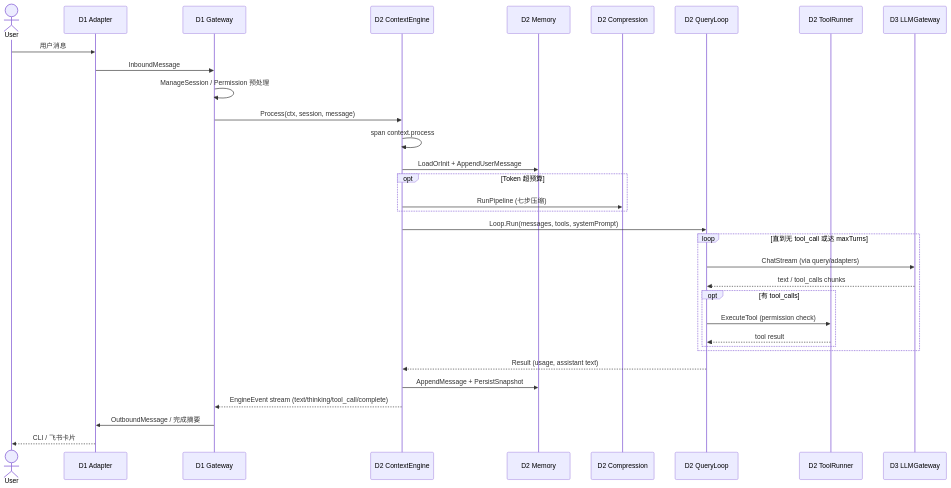
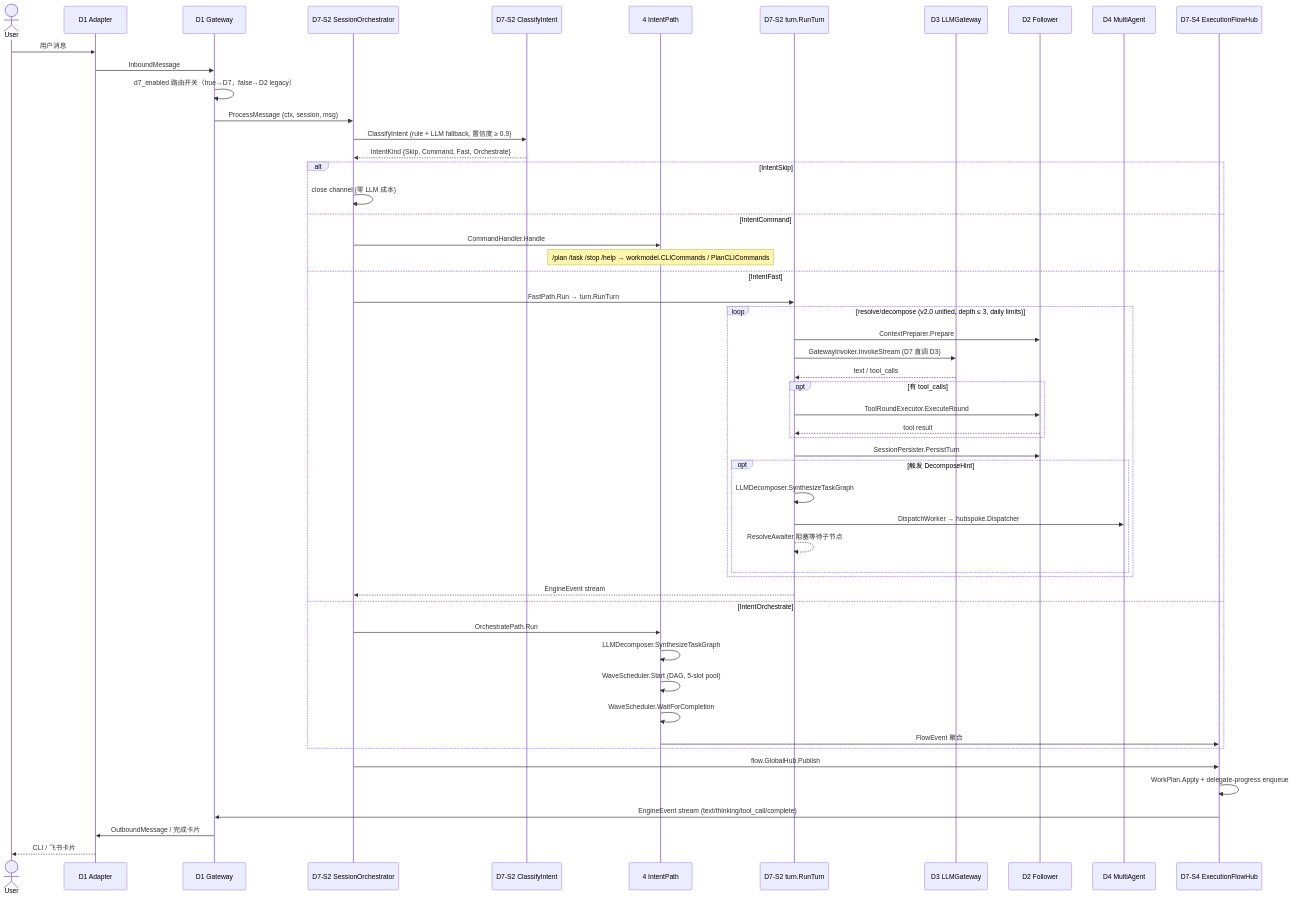
Before and after one commit to fqntxmqee/devrix: the diagram in docs/architecture/request-flow.md, drawn with Mermaid. The commit also changed other lines of this file and 7 other files, not shown here.

First line of the commit message:
docs(architecture): align request-flow / code-atlas / dsaft-overview to D7 v2.0

````diff
--- a/docs/architecture/request-flow.md
+++ b/docs/architecture/request-flow.md
@@ -10,36 +13,56 @@
 ```mermaid
 sequenceDiagram
     actor User
     participant Adapter as D1 Adapter
     participant GW as D1 Gateway
-    participant CE as D2 ContextEngine
-    participant Mem as D2 Memory
-    participant Comp as D2 Compression
-    participant QL as D2 QueryLoop
-    participant TR as D2 ToolRunner
+    participant SO as D7-S2 SessionOrchestrator
+    participant CL as D7-S2 ClassifyIntent
+    participant Path as 4 IntentPath
+    participant Turn as D7-S2 turn.RunTurn
     participant LLM as D3 LLMGateway
+    participant D2 as D2 Follower
+    participant D4 as D4 MultiAgent
+    participant Hub as D7-S4 ExecutionFlowHub
 
     User->>Adapter: 用户消息
     Adapter->>GW: InboundMessage
-    GW->>GW: ManageSession / Permission 预处理
-    GW->>CE: Process(ctx, session, message)
-    CE->>CE: span context.process
-    CE->>Mem: LoadOrInit + AppendUserMessage
-    opt Token 超预算
-        CE->>Comp: RunPipeline (七步压缩)
+    GW->>GW: d7_enabled 路由开关（true→D7，false→D2 legacy）
+    GW->>SO: ProcessMessage (ctx, session, msg)
+    SO->>CL: ClassifyIntent (rule + LLM fallback, 置信度 ≥ 0.9)
+    CL-->>SO: IntentKind {Skip, Command, Fast, Orchestrate}
+    alt IntentSkip
+        SO->>SO: close channel (零 LLM 成本)
+    else IntentCommand
+        SO->>Path: CommandHandler.Handle
+        Note over Path: /plan /task /stop /help → workmodel.CLICommands / PlanCLICommands
+    else IntentFast
+        SO->>Turn: FastPath.Run → turn.RunTurn
+        loop resolve/decompose (v2.0 unified, depth ≤ 3, daily limits)
+            Turn->>D2: ContextPreparer.Prepare
+            Turn->>LLM: GatewayInvoker.InvokeStream (D7 直调 D3)
+            LLM-->>Turn: text / tool_calls
+            opt 有 tool_calls
+                Turn->>D2: ToolRoundExecutor.ExecuteRound
+                D2-->>Turn: tool result
+            end
+            Turn->>D2: SessionPersister.PersistTurn
+            opt 触发 DecomposeHint
+                Turn->>Turn: LLMDecomposer.SynthesizeTaskGraph
+                Turn->>D4: DispatchWorker → hubspoke.Dispatcher
+                Turn-->>Turn: ResolveAwaiter 阻塞等待子节点
+            end
+        end
+        Turn-->>SO: EngineEvent stream
+    else IntentOrchestrate
+        SO->>Path: OrchestratePath.Run
+        Path->>Path: LLMDecomposer.SynthesizeTaskGraph
+        Path->>Path: WaveScheduler.Start (DAG, 5-slot pool)
+        Path->>Path: WaveScheduler.WaitForCompletion
+        Path->>Hub: FlowEvent 聚合
     end
-    CE->>QL: Loop.Run(messages, tools, systemPrompt)
-    loop 直到无 tool_call 或达 maxTurns
-        QL->>LLM: ChatStream (via query/adapters)
-        LLM-->>QL: text / tool_calls chunks
-        opt 有 tool_calls
-            QL->>TR: ExecuteTool (permission check)
-            TR-->>QL: tool result
-        end
-    end
-    QL-->>CE: Result (usage, assistant text)
-    CE->>Mem: AppendMessage + PersistSnapshot
-    CE-->>GW: EngineEvent stream (text/thinking/tool_call/complete)
-    GW->>Adapter: OutboundMessage / 完成摘要
+    SO->>Hub: flow.GlobalHub.Publish
+    Hub->>Hub: WorkPlan.Apply + delegate-progress enqueue
+    Hub->>GW: EngineEvent stream (text/thinking/tool_call/complete)
+    GW->>Adapter: OutboundMessage / 完成卡片
     Adapter-->>User: CLI / 飞书卡片
 ```
````
